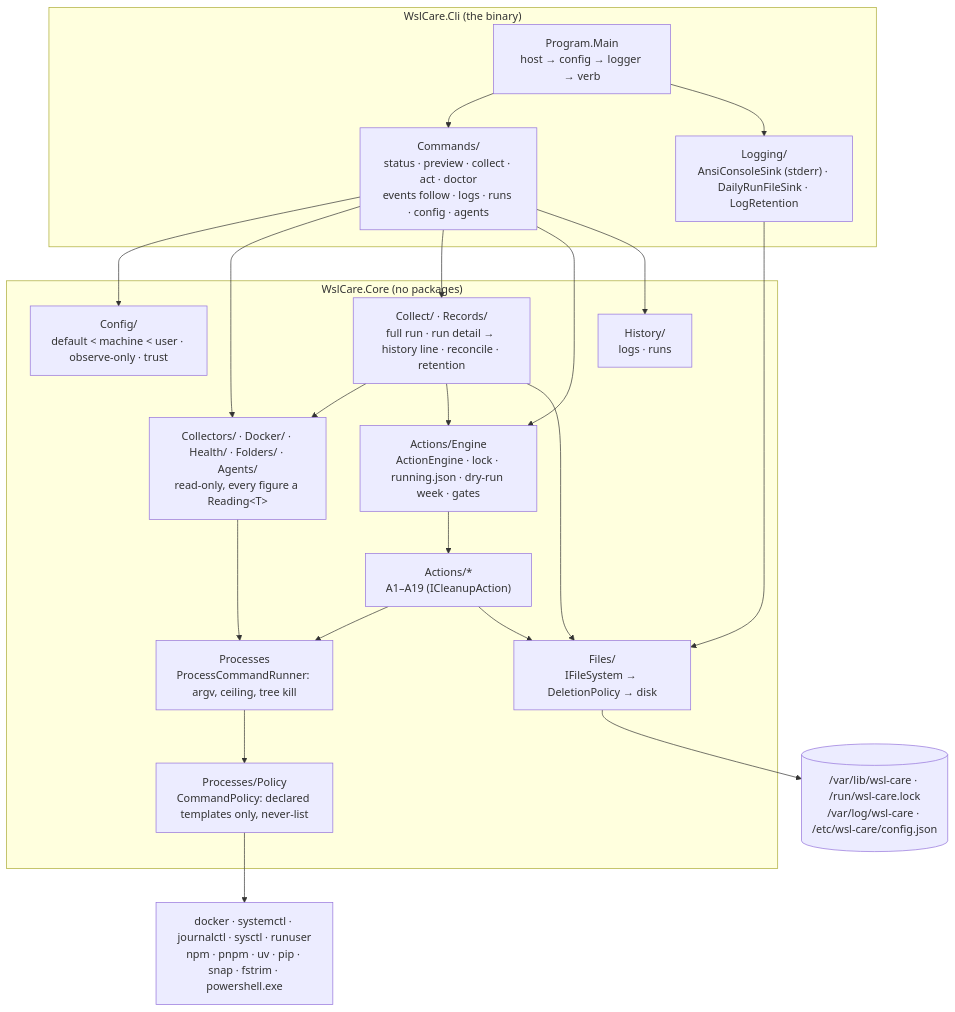
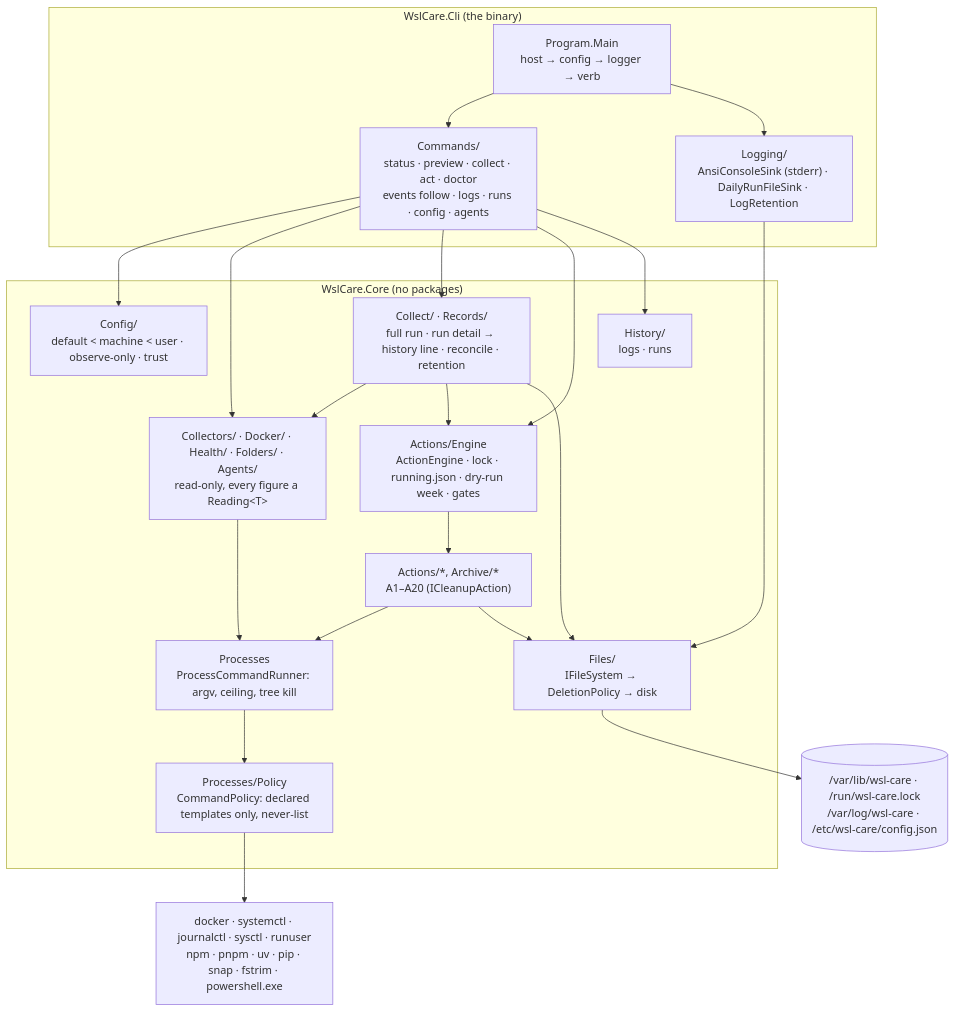
Before and after one commit to oleksandrdubyna88/wsl_care: the first of 4 diagrams in research/module_daemon.md, drawn with Mermaid. The commit also changed 83 other files, not shown here.

````diff
--- a/research/module_daemon.md
+++ b/research/module_daemon.md
@@ -19,40 +19,40 @@
 ```mermaid
 flowchart TB
     subgraph CLI["WslCare.Cli (the binary)"]
         program["Program.Main<br/>host → config → logger → verb"]
         verbs["Commands/<br/>status · preview · collect · act · doctor<br/>events follow · logs · runs · config · agents"]
         logging["Logging/<br/>AnsiConsoleSink (stderr) · DailyRunFileSink · LogRetention"]
     end
     subgraph Core["WslCare.Core (no packages)"]
         config["Config/<br/>default < machine < user · observe-only · trust"]
         collectors["Collectors/ · Docker/ · Health/ · Folders/ · Agents/<br/>read-only, every figure a Reading&lt;T&gt;"]
         collect["Collect/ · Records/<br/>full run · run detail → history line · reconcile · retention"]
         engine["Actions/Engine<br/>ActionEngine · lock · running.json · dry-run week · gates"]
-        actions["Actions/*<br/>A1–A19 (ICleanupAction)"]
+        actions["Actions/*, Archive/*<br/>A1–A20 (ICleanupAction)"]
         policy["Processes/Policy<br/>CommandPolicy: declared templates only, never-list"]
         runner["Processes<br/>ProcessCommandRunner: argv, ceiling, tree kill"]
         files["Files/<br/>IFileSystem → DeletionPolicy → disk"]
         history["History/<br/>logs · runs"]
     end
     tools["docker · systemctl · journalctl · sysctl · runuser<br/>npm · pnpm · uv · pip · snap · fstrim · powershell.exe"]
     state[("/var/lib/wsl-care · /run/wsl-care.lock<br/>/var/log/wsl-care · /etc/wsl-care/config.json")]
 
     program --> verbs
     program --> logging
     verbs --> config
     verbs --> collectors
     verbs --> collect
     verbs --> engine
     verbs --> history
     collect --> collectors
     collect --> engine
     engine --> actions
     actions --> runner
     collectors --> runner
     runner --> policy
     policy --> tools
     actions --> files
     collect --> files
     files --> state
     logging --> files
 ```
````
